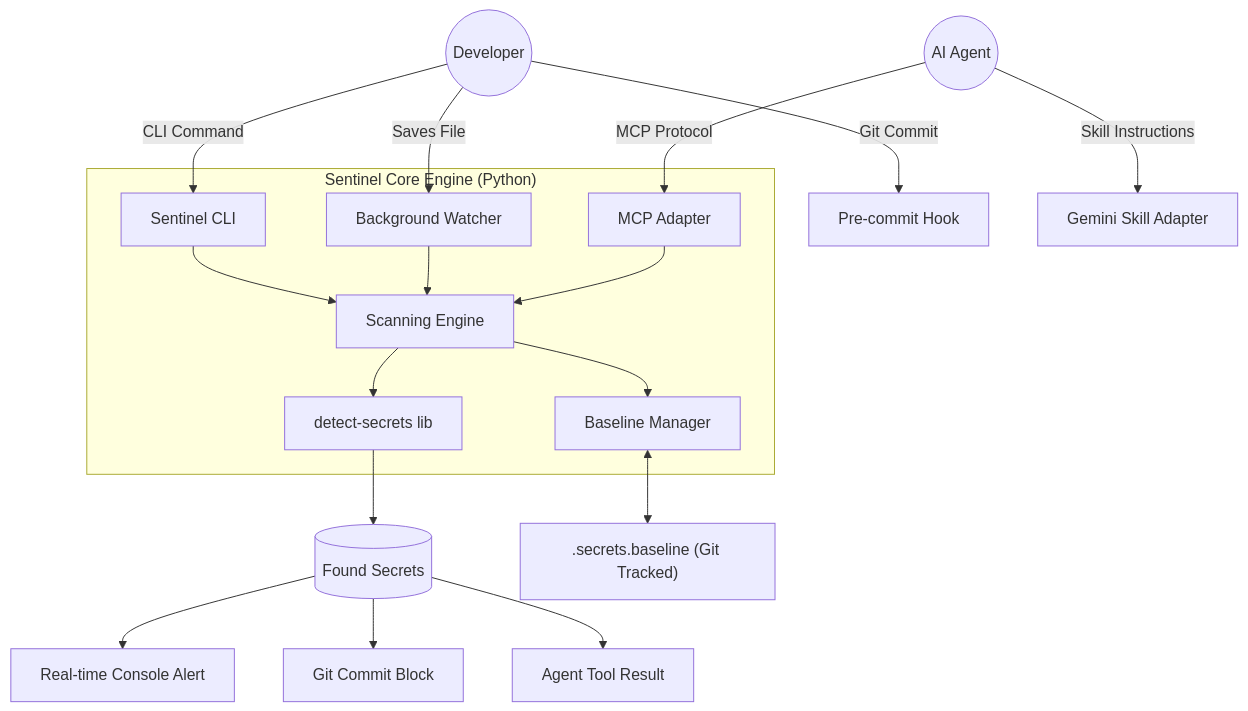
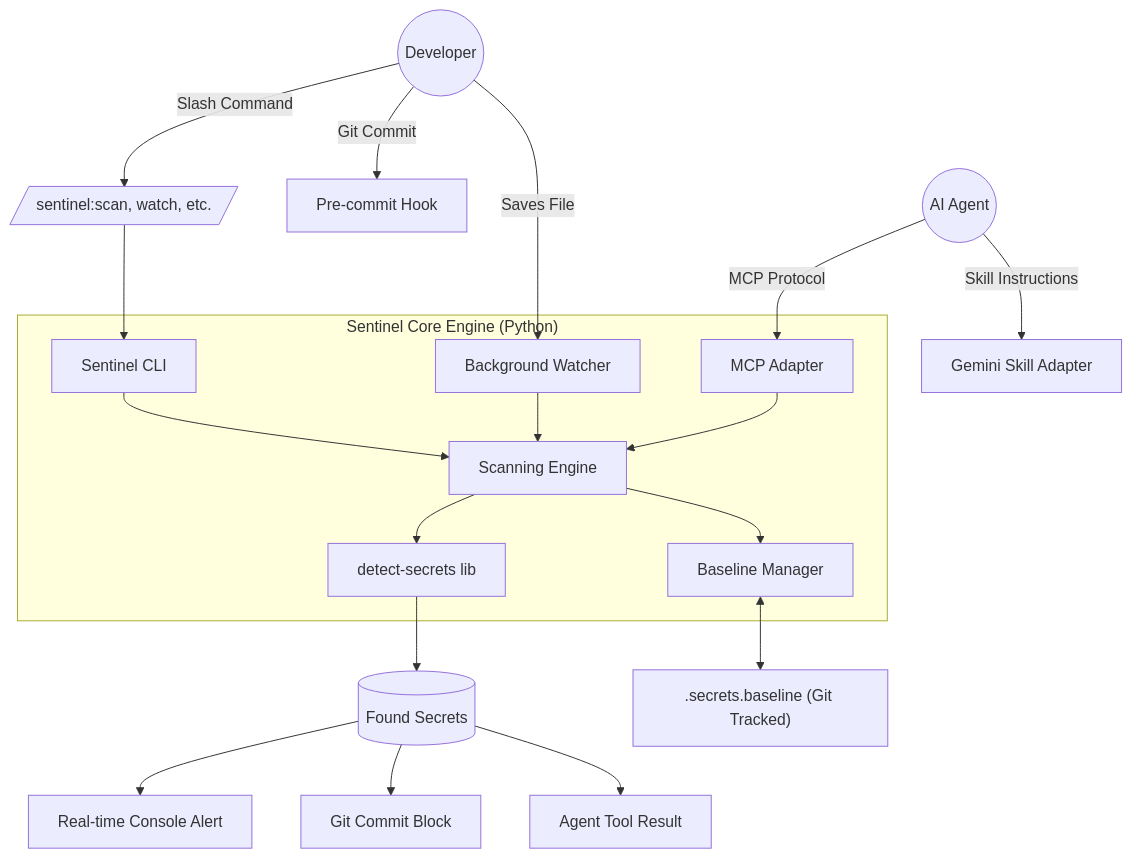
The diagram in architecture/sentinel-design.md (andrewaddo/project-assistant-agent), drawn with Mermaid before and after one commit. The commit also changed other lines of this file and 18 other files, not shown here.

Commit message:
feat: upgrade Security Sentinel to a full Gemini CLI Extension with native slash commands

````diff
--- a/architecture/sentinel-design.md
+++ b/architecture/sentinel-design.md
@@ -7,24 +7,26 @@
 ```mermaid
 graph TD
-    User((Developer)) -->|Saves File| Watcher[Background Watcher]
+    User((Developer)) -->|Slash Command| SlashCommands[/sentinel:scan, watch, etc./]
+    User -->|Saves File| Watcher[Background Watcher]
     User -->|Git Commit| GitHook[Pre-commit Hook]
-    User -->|CLI Command| CLI[Sentinel CLI]
+    
+    SlashCommands --> CLI[Sentinel CLI]
     
     Agent((AI Agent)) -->|MCP Protocol| MCPServer[MCP Adapter]
     Agent -->|Skill Instructions| GeminiSkill[Gemini Skill Adapter]
     
     subgraph "Sentinel Core Engine (Python)"
         CLI --> Engine[Scanning Engine]
         Watcher --> Engine
         MCPServer --> Engine
         Engine --> DetectSecrets[detect-secrets lib]
         Engine --> State[Baseline Manager]
     end
     
     DetectSecrets --> Findings[(Found Secrets)]
     State <--> BaselineFile[".secrets.baseline (Git Tracked)"]
     
     Findings --> Alert[Real-time Console Alert]
     Findings --> Block[Git Commit Block]
     Findings --> ToolOutput[Agent Tool Result]
 ```
````
